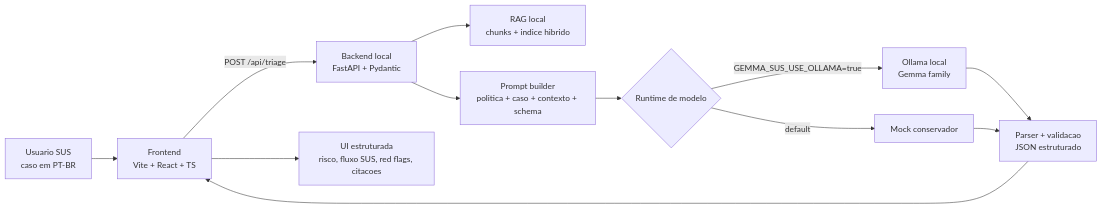
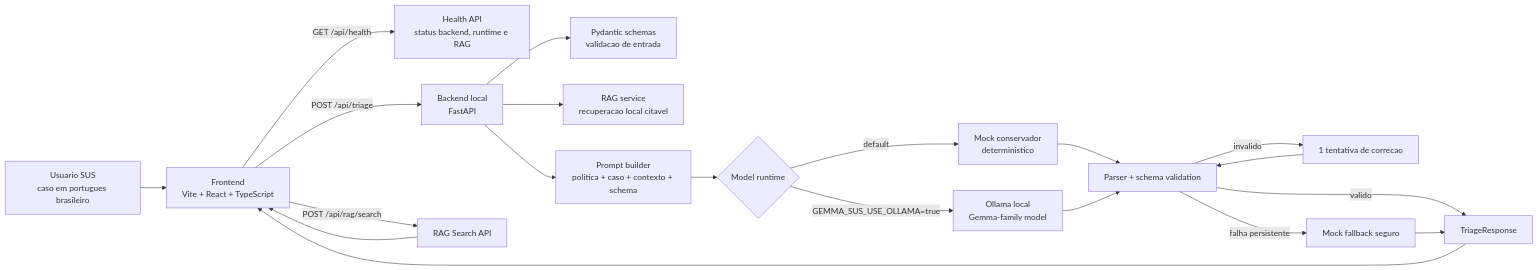
Before and after one commit to djairofilho/sus-gemma4: the first of 6 diagrams in README.md, drawn with Mermaid. The commit also changed other lines of this file, not shown here.

First line of the commit message:
docs(readme): clarify project audience and architecture

````diff
--- a/README.md
+++ b/README.md
@@ -59,14 +85,27 @@
 ```mermaid
 flowchart LR
-  U[Usuario SUS\ncaso em PT-BR] --> F[Frontend\nVite + React + TS]
-  F -->|POST /api/triage| B[Backend local\nFastAPI + Pydantic]
-  B --> R[RAG local\nchunks + indice hibrido]
-  B --> P[Prompt builder\npolitica + caso + contexto + schema]
-  P --> M{Runtime de modelo}
-  M -->|GEMMA_SUS_USE_OLLAMA=true| O[Ollama local\nGemma family]
-  M -->|default| K[Mock conservador]
-  O --> V[Parser + validacao\nJSON estruturado]
-  K --> V
-  V --> F
-  F --> UI[UI estruturada\nrisco, fluxo SUS, red flags, citacoes]
+  U[Usuario SUS\ncaso em portugues brasileiro] --> UI[Frontend\nVite + React + TypeScript]
+
+  UI -->|GET /api/health| H[Health API\nstatus backend, runtime e RAG]
+  UI -->|POST /api/triage| API[Backend local\nFastAPI]
+  UI -->|POST /api/rag/search| RS[RAG Search API]
+
+  API --> SCH[Pydantic schemas\nvalidacao de entrada]
+  API --> RAG[RAG service\nrecuperacao local citavel]
+  API --> PB[Prompt builder\npolitica + caso + contexto + schema]
+  PB --> RT{Model runtime}
+
+  RT -->|default| MK[Mock conservador\ndeterministico]
+  RT -->|GEMMA_SUS_USE_OLLAMA=true| OL[Ollama local\nGemma-family model]
+
+  MK --> PARSE[Parser + schema validation]
+  OL --> PARSE
+  PARSE -->|valido| OUT[TriageResponse]
+  PARSE -->|invalido| RETRY[1 tentativa de correcao]
+  RETRY --> PARSE
+  PARSE -->|falha persistente| FB[Mock fallback seguro]
+  FB --> OUT
+
+  OUT --> UI
+  RS --> UI
 ```
````
